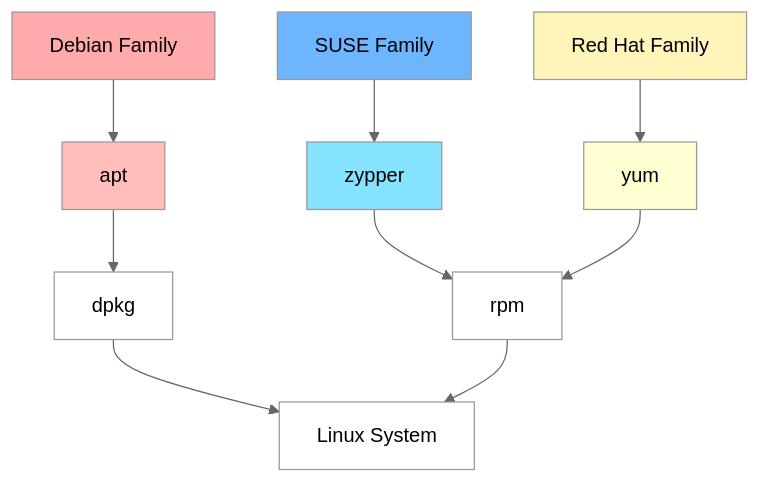
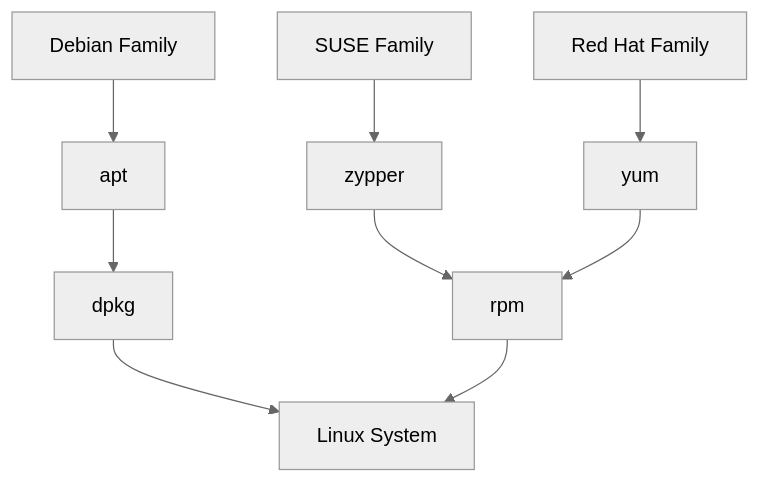
Before and after one commit to HorningGit/Rayquaza_Resources: the diagram in tools/admin/linux/packagemgmt.md, drawn with Mermaid (neutral theme).

````diff
--- a/tools/admin/linux/packagemgmt.md
+++ b/tools/admin/linux/packagemgmt.md
@@ -24,21 +24,11 @@
 ```mermaid
 flowchart TD;
     A[Debian Family]-->B[apt]
     B-->Y[dpkg]
     E[Red Hat Family]-->F[yum]
     C[SUSE Family]-->D[zypper]
     D-->R[rpm]
     F-->R
     Y-->W[Linux System]
     R-->W
-
-    style A fill:#FFABAB
-    style B fill:#FFBEBC
-    style E fill:#FFF5BA
-    style F fill:#FFFFD1
-    style C fill:#6EB5FF
-    style D fill:#85E3FF
-    style Y fill:#FFFFFF
-    style R fill:#FFFFFF
-    style W fill:#FFFFFF
 ```
````
